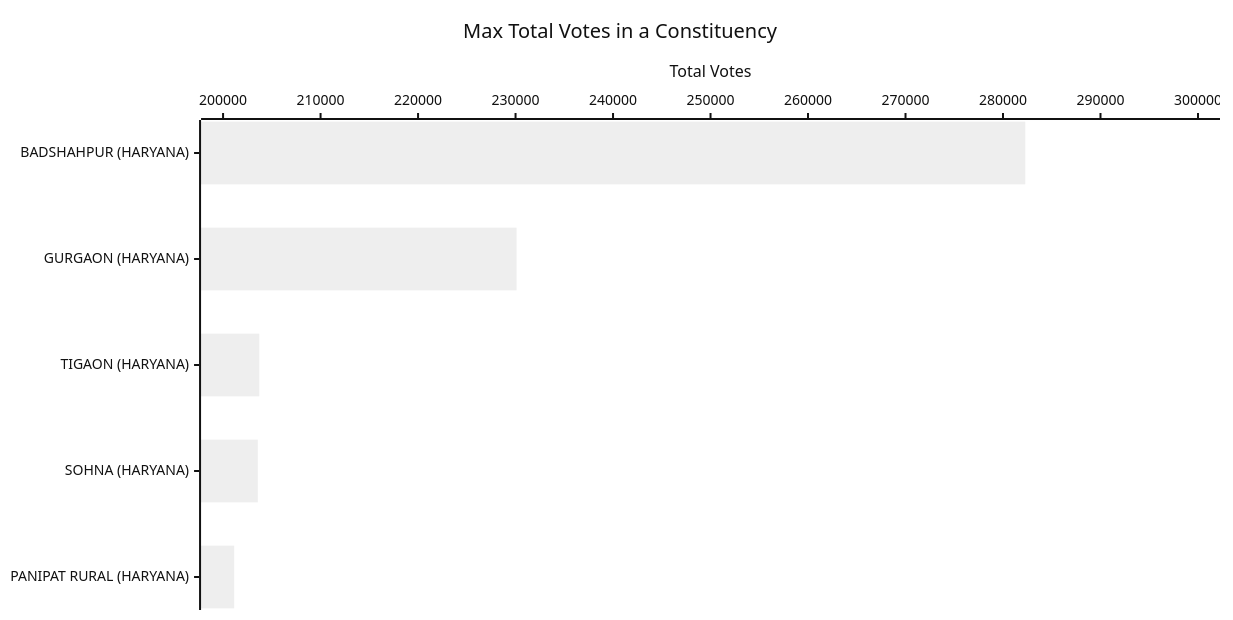
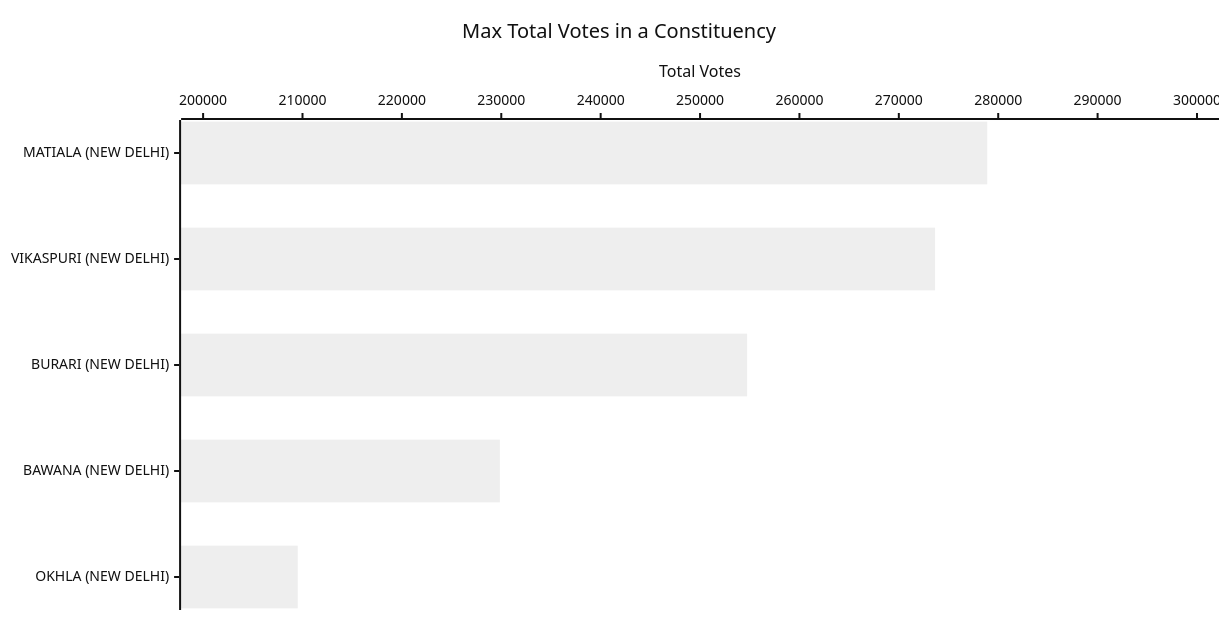
The seventh of 19 diagrams in NEWDELHI-GRAPH.md (arjunswaj/elections), drawn with Mermaid (neutral theme) before and after one commit. The commit also changed other lines of this file, not shown here.

Commit message:
Updating the Graphical format

````diff
--- a/NEWDELHI-GRAPH.md
+++ b/NEWDELHI-GRAPH.md
@@ -146,14 +145,14 @@
 ```mermaid
 ---
 config:
     xyChart:
         width: 1200
         height: 600
         chartOrientation: horizontal
 ---
 xychart-beta
     title "Max Total Votes in a Constituency"
-    x-axis ["BADSHAHPUR (HARYANA)", "GURGAON (HARYANA)", "TIGAON (HARYANA)", "SOHNA (HARYANA)", "PANIPAT RURAL (HARYANA)"]
+    x-axis ["MATIALA (NEW DELHI)", "VIKASPURI (NEW DELHI)", "BURARI (NEW DELHI)", "BAWANA (NEW DELHI)", "OKHLA (NEW DELHI)"]
     y-axis "Total Votes" 200000 --> 300000
-    bar [282285, 230104, 203714, 203562, 201139]
+    bar [278894, 273648, 254737, 229856, 209522]
 ```
````
